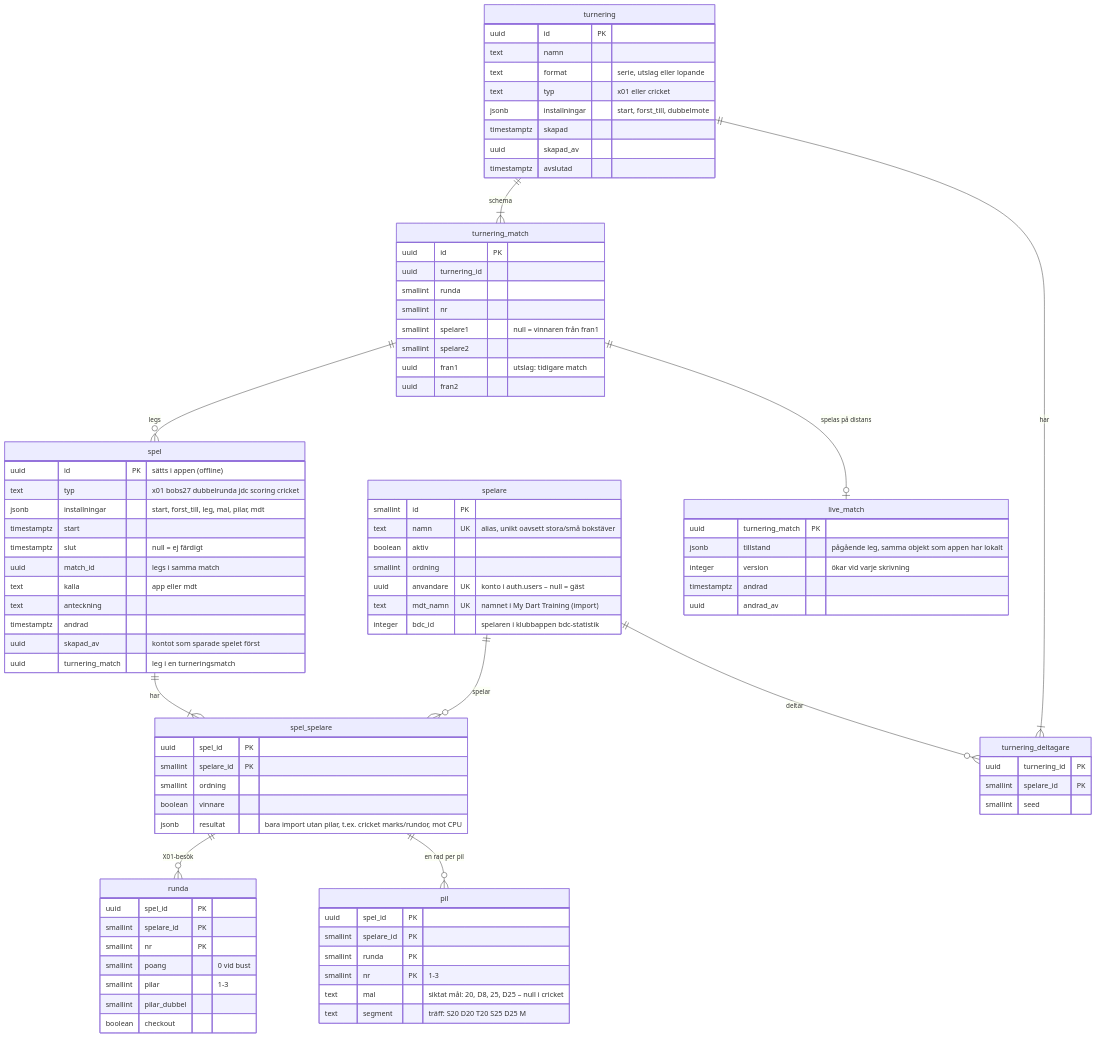
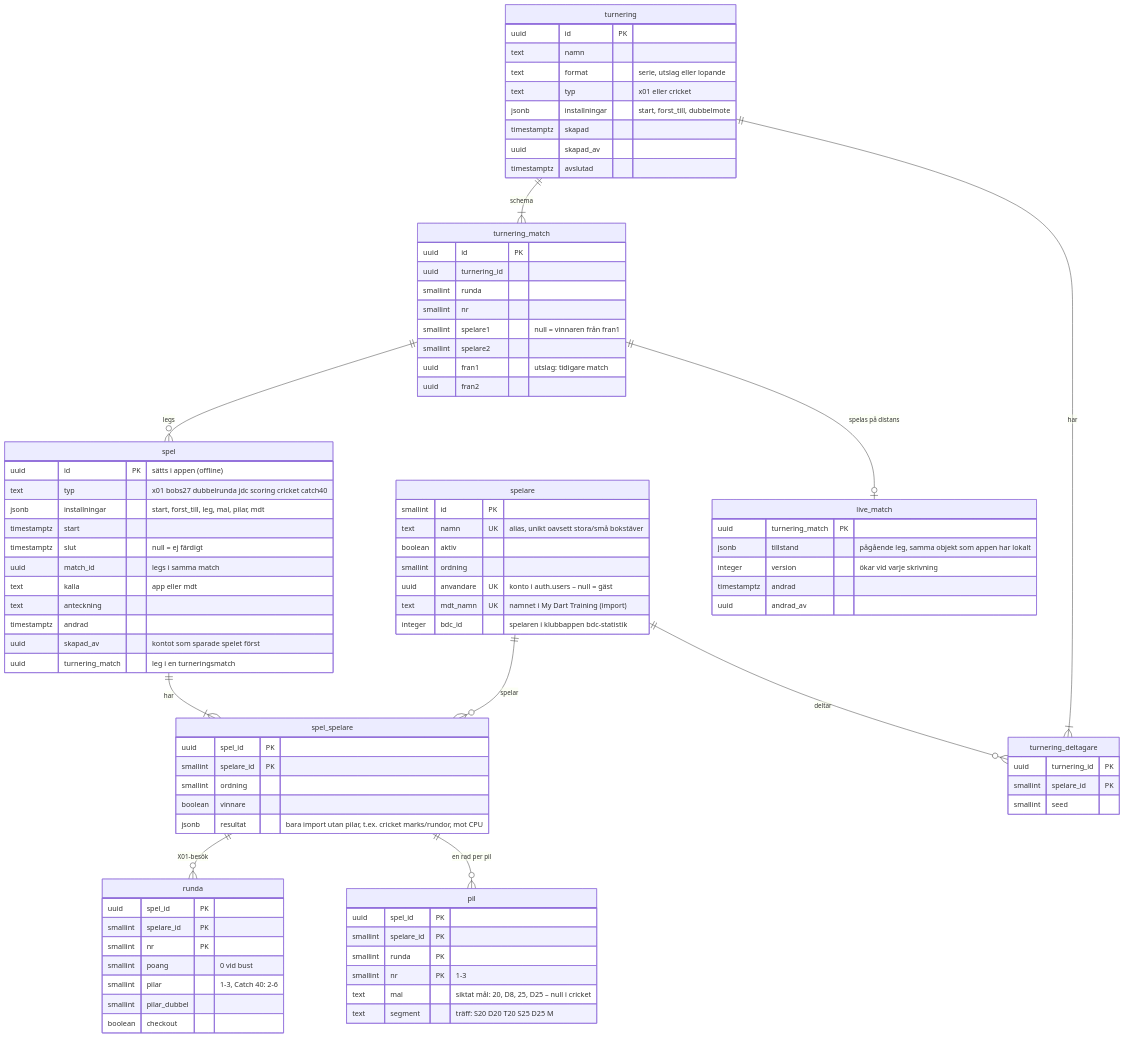
Before and after one commit to Lunkster/darttranare: the diagram in docs/datamodell.md, drawn with Mermaid. The commit also changed other lines of this file and 25 other files, not shown here.

````diff
--- a/docs/datamodell.md
+++ b/docs/datamodell.md
@@ -5,72 +5,72 @@
 ```mermaid
 erDiagram
   spelare ||--o{ spel_spelare : spelar
   spel ||--|{ spel_spelare : har
   spel_spelare ||--o{ runda : "X01-besök"
   spel_spelare ||--o{ pil : "en rad per pil"
   turnering ||--|{ turnering_deltagare : har
   turnering ||--|{ turnering_match : schema
   turnering_match ||--o{ spel : "legs"
   turnering_match ||--o| live_match : "spelas på distans"
   spelare ||--o{ turnering_deltagare : deltar
   spelare { smallint id PK
     text namn UK "alias, unikt oavsett stora/små bokstäver"
     boolean aktiv
     smallint ordning
     uuid anvandare UK "konto i auth.users – null = gäst"
     text mdt_namn UK "namnet i My Dart Training (import)"
     integer bdc_id "spelaren i klubbappen bdc-statistik" }
   spel { uuid id PK "sätts i appen (offline)"
-    text typ "x01 bobs27 dubbelrunda jdc scoring cricket"
+    text typ "x01 bobs27 dubbelrunda jdc scoring cricket catch40"
     jsonb installningar "start, forst_till, leg, mal, pilar, mdt"
     timestamptz start
     timestamptz slut "null = ej färdigt"
     uuid match_id "legs i samma match"
     text kalla "app eller mdt"
     text anteckning
     timestamptz andrad
     uuid skapad_av "kontot som sparade spelet först"
     uuid turnering_match "leg i en turneringsmatch" }
   turnering { uuid id PK
     text namn
     text format "serie, utslag eller lopande"
     text typ "x01 eller cricket"
     jsonb installningar "start, forst_till, dubbelmote"
     timestamptz skapad
     uuid skapad_av
     timestamptz avslutad }
   turnering_deltagare { uuid turnering_id PK
     smallint spelare_id PK
     smallint seed }
   turnering_match { uuid id PK
     uuid turnering_id
     smallint runda
     smallint nr
     smallint spelare1 "null = vinnaren från fran1"
     smallint spelare2
     uuid fran1 "utslag: tidigare match"
     uuid fran2 }
   live_match { uuid turnering_match PK
     jsonb tillstand "pågående leg, samma objekt som appen har lokalt"
     integer version "ökar vid varje skrivning"
     timestamptz andrad
     uuid andrad_av }
   spel_spelare { uuid spel_id PK
     smallint spelare_id PK
     smallint ordning
     boolean vinnare
     jsonb resultat "bara import utan pilar, t.ex. cricket marks/rundor, mot CPU" }
   runda { uuid spel_id PK
     smallint spelare_id PK
     smallint nr PK
     smallint poang "0 vid bust"
-    smallint pilar "1-3"
+    smallint pilar "1-3, Catch 40: 2-6"
     smallint pilar_dubbel
     boolean checkout }
   pil { uuid spel_id PK
     smallint spelare_id PK
     smallint runda PK
     smallint nr PK "1-3"
     text mal "siktat mål: 20, D8, 25, D25 – null i cricket"
     text segment "träff: S20 D20 T20 S25 D25 M" }
 ```
````
